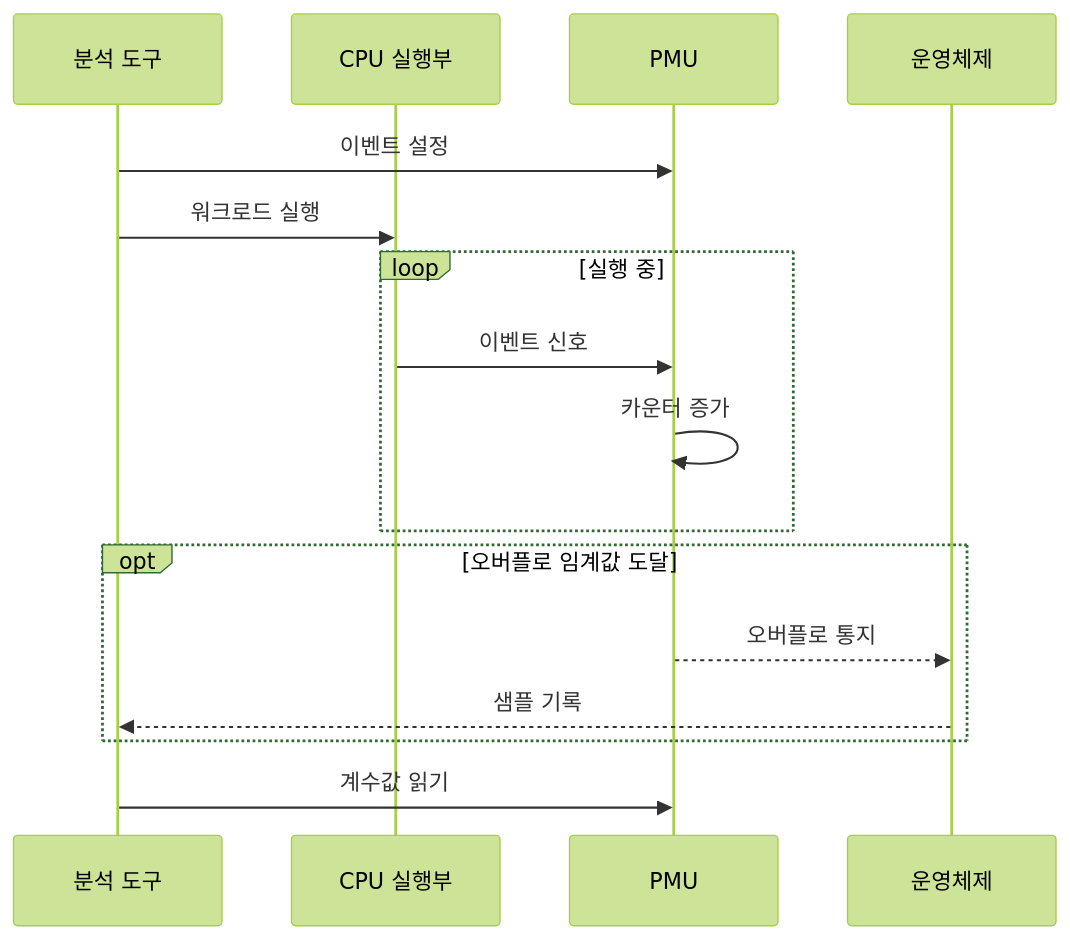
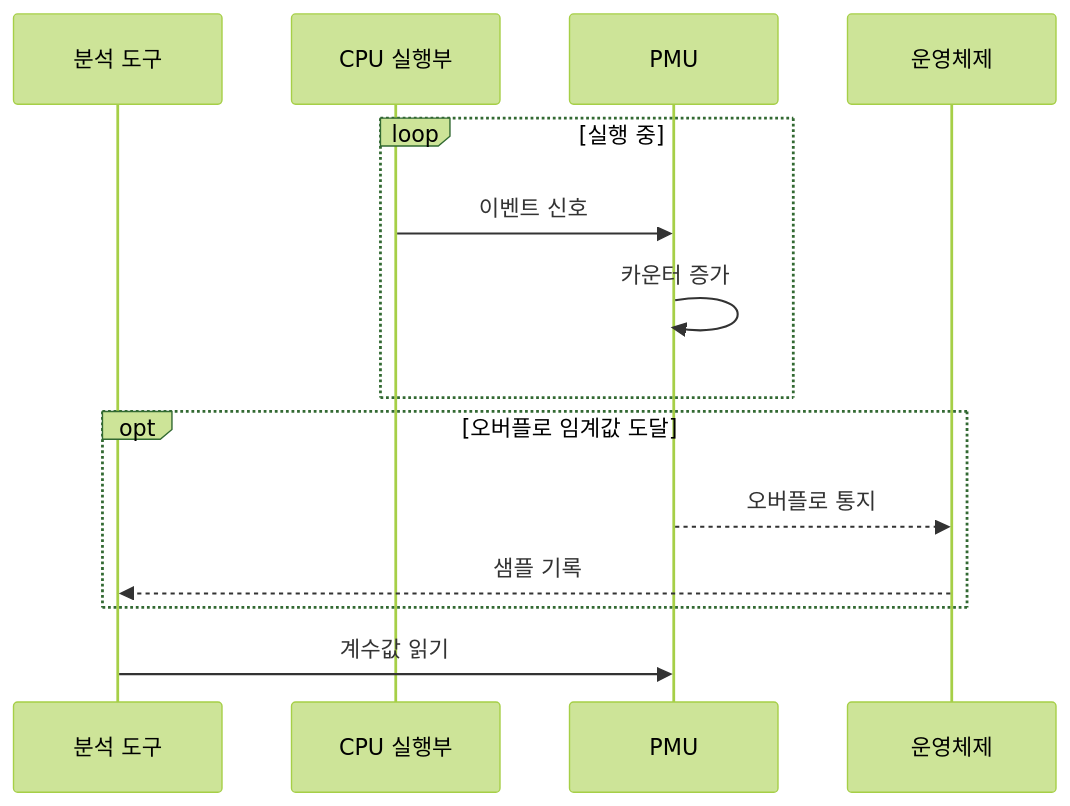
One commit to agnusdei1207/knowledge-base changed the second of 2 diagrams in src/content/docs/notes/02-hardware/091_hardware_performance_counter_pmu.md. Above: the diagram before and after it, drawn with Mermaid (forest theme). The commit also changed other lines of this file and 17 other files, not shown here.

````diff
--- a/src/content/docs/notes/02-hardware/091_hardware_performance_counter_pmu.md
+++ b/src/content/docs/notes/02-hardware/091_hardware_performance_counter_pmu.md
@@ -96,18 +96,16 @@
 ```mermaid
 sequenceDiagram
     participant T as 분석 도구
     participant C as CPU 실행부
     participant P as PMU
     participant O as 운영체제
-    T->>P: 이벤트 설정
-    T->>C: 워크로드 실행
     loop 실행 중
         C->>P: 이벤트 신호
         P->>P: 카운터 증가
     end
     opt 오버플로 임계값 도달
         P-->>O: 오버플로 통지
         O-->>T: 샘플 기록
     end
     T->>P: 계수값 읽기
 ```
````
